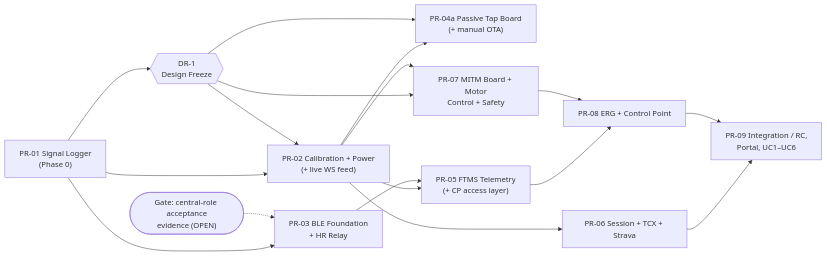
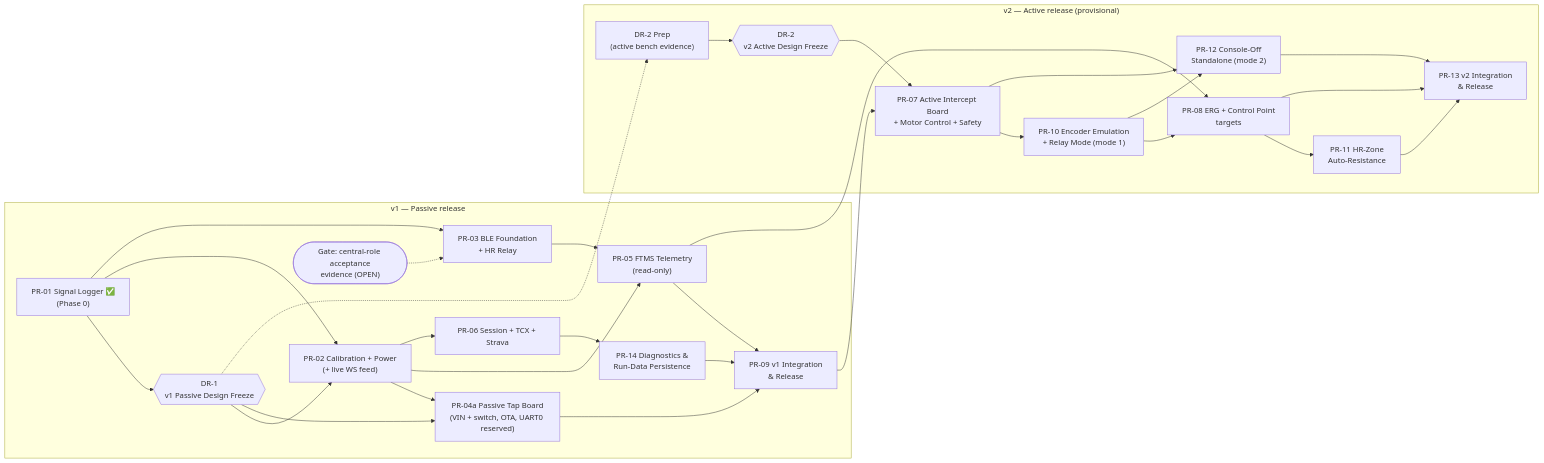
The diagram in .agents/skills/principal-architect-workspace/PROGRAM-PLAN.md (cblabs-org/echenon), drawn with Mermaid before and after one commit. The commit also changed other lines of this file and 21 other files, not shown here.

First line of the commit message:
chief-architect: restructure programme into v1 Passive / v2 Active releases

````diff
--- a/.agents/skills/principal-architect-workspace/PROGRAM-PLAN.md
+++ b/.agents/skills/principal-architect-workspace/PROGRAM-PLAN.md
@@ -37,19 +66,34 @@
 ```mermaid
 graph LR
-    PR1["PR-01 Signal Logger<br/>(Phase 0)"] --> DR1{{"DR-1<br/>Design Freeze"}}
-    PR1 --> PR2["PR-02 Calibration + Power<br/>(+ live WS feed)"]
-    DR1 --> PR2
-    PR1 --> PR3["PR-03 BLE Foundation<br/>+ HR Relay"]
-    PR2 --> PR4a["PR-04a Passive Tap Board<br/>(+ manual OTA)"]
-    DR1 --> PR4a
-    PR2 --> PR5["PR-05 FTMS Telemetry<br/>(+ CP access layer)"]
-    PR3 --> PR5
-    PR2 --> PR6["PR-06 Session + TCX + Strava"]
-    DR1 --> PR7["PR-07 MITM Board + Motor<br/>Control + Safety"]
-    PR2 --> PR7
-    PR5 --> PR8["PR-08 ERG + Control Point"]
-    PR7 --> PR8
-    PR6 --> PR9["PR-09 Integration / RC,<br/>Portal, UC1–UC6"]
-    PR8 --> PR9
-    G1(["Gate: central-role acceptance<br/>evidence (OPEN)"]) -.-> PR3
+    subgraph V1["v1 — Passive release"]
+        PR1["PR-01 Signal Logger ✅<br/>(Phase 0)"] --> DR1{{"DR-1<br/>v1 Passive Design Freeze"}}
+        PR1 --> PR2["PR-02 Calibration + Power<br/>(+ live WS feed)"]
+        DR1 --> PR2
+        PR1 --> PR3["PR-03 BLE Foundation<br/>+ HR Relay"]
+        PR2 --> PR4a["PR-04a Passive Tap Board<br/>(VIN + switch, OTA, UART0 reserved)"]
+        DR1 --> PR4a
+        PR2 --> PR5["PR-05 FTMS Telemetry<br/>(read-only)"]
+        PR3 --> PR5
+        PR2 --> PR6["PR-06 Session + TCX + Strava"]
+        PR6 --> PR14["PR-14 Diagnostics &<br/>Run-Data Persistence"]
+        PR4a --> PR9["PR-09 v1 Integration<br/>& Release"]
+        PR5 --> PR9
+        PR14 --> PR9
+        G1(["Gate: central-role acceptance<br/>evidence (OPEN)"]) -.-> PR3
+    end
+    subgraph V2["v2 — Active release (provisional)"]
+        DR2P["DR-2 Prep<br/>(active bench evidence)"] --> DR2{{"DR-2<br/>v2 Active Design Freeze"}}
+        DR2 --> PR7["PR-07 Active Intercept Board<br/>+ Motor Control + Safety"]
+        PR7 --> PR10["PR-10 Encoder Emulation<br/>+ Relay Mode (mode 1)"]
+        PR10 --> PR8["PR-08 ERG + Control Point<br/>targets"]
+        PR8 --> PR11["PR-11 HR-Zone<br/>Auto-Resistance"]
+        PR7 --> PR12["PR-12 Console-Off<br/>Standalone (mode 2)"]
+        PR10 --> PR12
+        PR8 --> PR13["PR-13 v2 Integration<br/>& Release"]
+        PR11 --> PR13
+        PR12 --> PR13
+    end
+    DR1 -.-> DR2P
+    PR9 --> PR7
+    PR5 --> PR8
 ```
````
